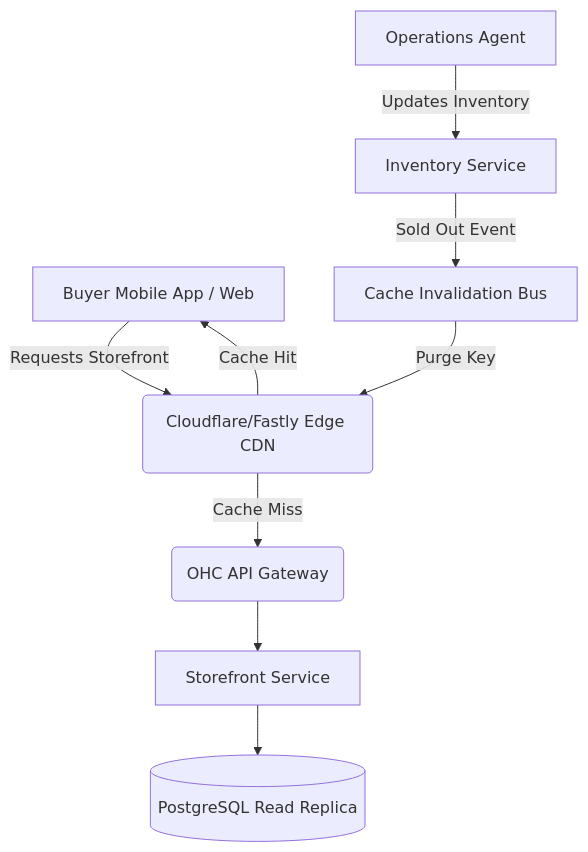
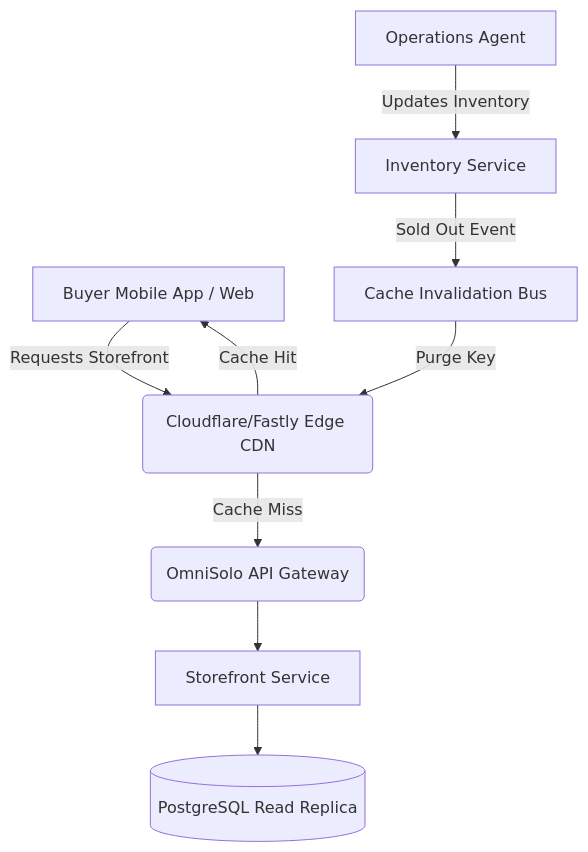
The diagram in docs/technical/research/[architecture]_edge_caching_dynamic_storefronts.md (omnisolo-llc/onehumancorp), drawn with Mermaid before and after one commit. The commit also changed other lines of this file and 2191 other files, not shown here.

Commit message:
feat: complete OmniSolo rename and browser audit

````diff
--- a/docs/technical/research/[architecture]_edge_caching_dynamic_storefronts.md
+++ b/docs/technical/research/[architecture]_edge_caching_dynamic_storefronts.md
@@ -21,12 +21,12 @@
 ```mermaid
 graph TD
     A[Buyer Mobile App / Web] -->|Requests Storefront| B(Cloudflare/Fastly Edge CDN);
     B -- Cache Hit --> A;
-    B -- Cache Miss --> C(OHC API Gateway);
+    B -- Cache Miss --> C(OmniSolo API Gateway);
     C --> D[Storefront Service];
     D --> E[(PostgreSQL Read Replica)];
 
     F[Operations Agent] -->|Updates Inventory| G[Inventory Service];
     G -->|Sold Out Event| H[Cache Invalidation Bus];
     H -->|Purge Key| B;
 ```
````
